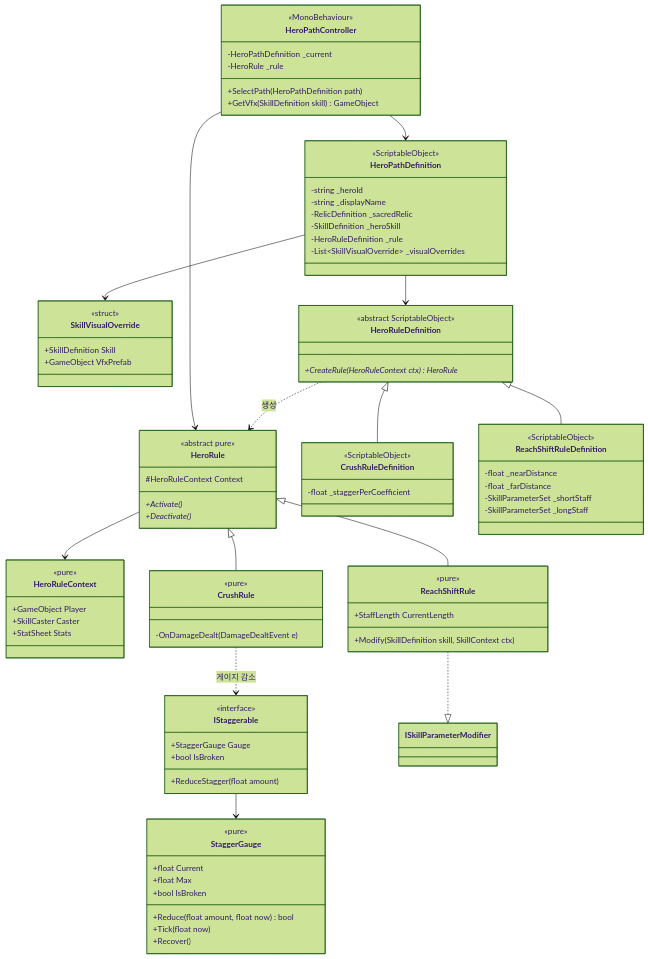
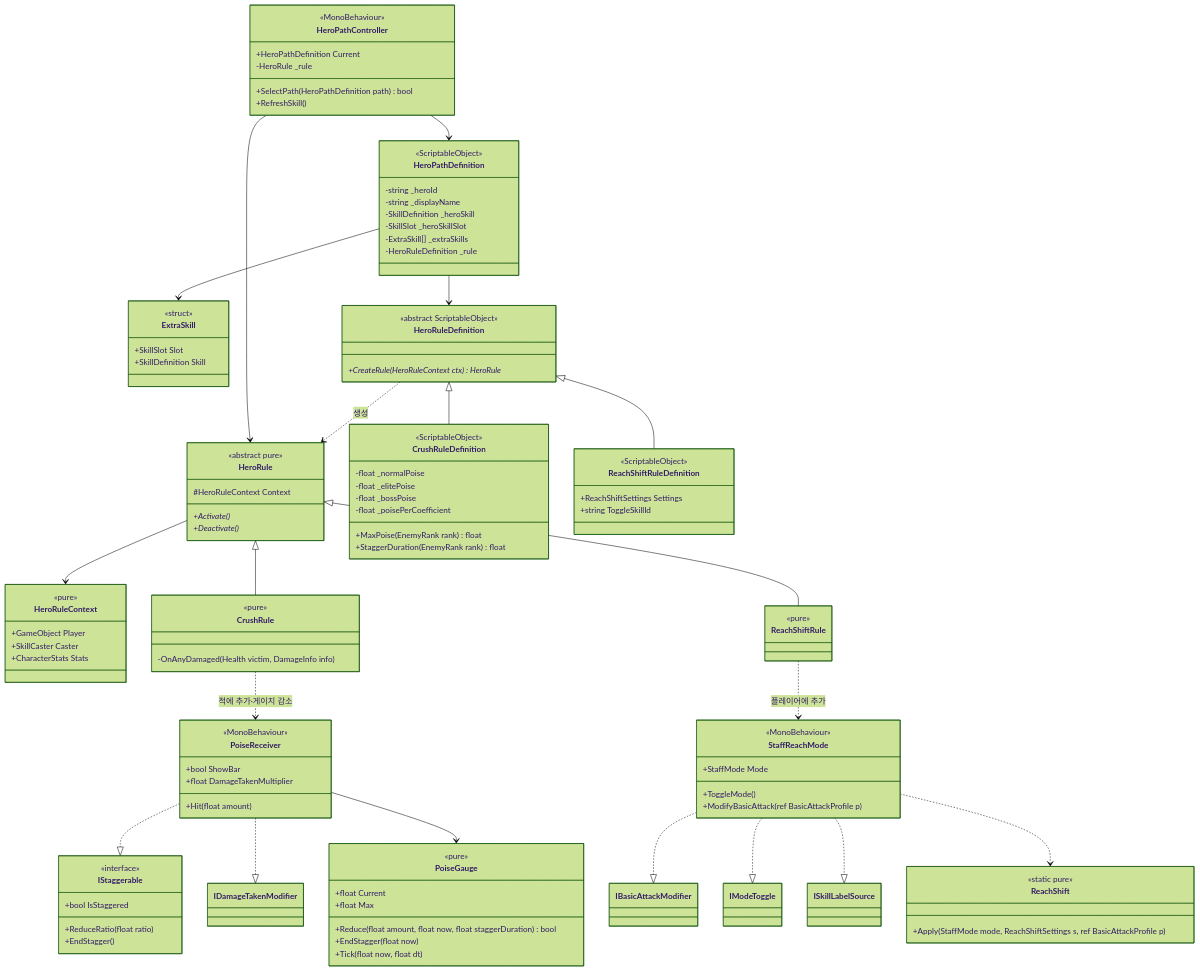
The eighth of 17 diagrams in Docs/ClassDiagram.md (lwy0810/BROKEN-SOVEREIGN), drawn with Mermaid (forest theme) before and after one commit. The commit also changed other lines of this file and 3 other files, not shown here.

````diff
--- a/Docs/ClassDiagram.md
+++ b/Docs/ClassDiagram.md
@@ -809,15 +809,15 @@
         <<ScriptableObject>>
         -string _heroId
         -string _displayName
-        -RelicDefinition _sacredRelic
         -SkillDefinition _heroSkill
+        -SkillSlot _heroSkillSlot
+        -ExtraSkill[] _extraSkills
         -HeroRuleDefinition _rule
-        -List~SkillVisualOverride~ _visualOverrides
     }
-    class SkillVisualOverride {
+    class ExtraSkill {
         <<struct>>
+        +SkillSlot Slot
         +SkillDefinition Skill
-        +GameObject VfxPrefab
     }
     class HeroRuleDefinition {
         <<abstract ScriptableObject>>
@@ -833,52 +833,68 @@
         <<pure>>
         +GameObject Player
         +SkillCaster Caster
-        +StatSheet Stats
+        +CharacterStats Stats
     }
     class HeroPathController {
         <<MonoBehaviour>>
-        -HeroPathDefinition _current
+        +HeroPathDefinition Current
         -HeroRule _rule
-        +SelectPath(HeroPathDefinition path)
-        +GetVfx(SkillDefinition skill) GameObject
+        +SelectPath(HeroPathDefinition path) bool
+        +RefreshSkill()
     }
     class CrushRuleDefinition {
         <<ScriptableObject>>
-        -float _staggerPerCoefficient
+        -float _normalPoise
+        -float _elitePoise
+        -float _bossPoise
+        -float _poisePerCoefficient
+        +MaxPoise(EnemyRank rank) float
+        +StaggerDuration(EnemyRank rank) float
     }
     class CrushRule {
         <<pure>>
-        -OnDamageDealt(DamageDealtEvent e)
+        -OnAnyDamaged(Health victim, DamageInfo info)
+    }
+    class PoiseReceiver {
+        <<MonoBehaviour>>
+        +bool ShowBar
+        +Hit(float amount)
+        +float DamageTakenMultiplier
     }
     class IStaggerable {
         <<interface>>
-        +StaggerGauge Gauge
-        +ReduceStagger(float amount)
-        +bool IsBroken
+        +bool IsStaggered
+        +ReduceRatio(float ratio)
+        +EndStagger()
     }
-    class StaggerGauge {
+    class PoiseGauge {
         <<pure>>
         +float Current
         +float Max
-        +bool IsBroken
-        +Reduce(float amount, float now) bool
-        +Tick(float now)
-        +Recover()
+        +Reduce(float amount, float now, float staggerDuration) bool
+        +EndStagger(float now)
+        +Tick(float now, float dt)
     }
     class ReachShiftRuleDefinition {
         <<ScriptableObject>>
-        -float _nearDistance
-        -float _farDistance
-        -SkillParameterSet _shortStaff
-        -SkillParameterSet _longStaff
+        +ReachShiftSettings Settings
+        +string ToggleSkillId
     }
     class ReachShiftRule {
         <<pure>>
-        +StaffLength CurrentLength
-        +Modify(SkillDefinition skill, SkillContext ctx)
+    }
+    class StaffReachMode {
+        <<MonoBehaviour>>
+        +StaffMode Mode
+        +ToggleMode()
+        +ModifyBasicAttack(ref BasicAttackProfile p)
+    }
+    class ReachShift {
+        <<static pure>>
+        +Apply(StaffMode mode, ReachShiftSettings s, ref BasicAttackProfile p)
     }
     HeroPathDefinition --> HeroRuleDefinition
-    HeroPathDefinition --> SkillVisualOverride
+    HeroPathDefinition --> ExtraSkill
     HeroRuleDefinition ..> HeroRule : 생성
     HeroRule --> HeroRuleContext
     HeroPathController --> HeroPathDefinition
@@ -887,7 +903,13 @@
     HeroRuleDefinition <|-- ReachShiftRuleDefinition
     HeroRule <|-- CrushRule
     HeroRule <|-- ReachShiftRule
-    ReachShiftRule ..|> ISkillParameterModifier
-    CrushRule ..> IStaggerable : 게이지 감소
-    IStaggerable --> StaggerGauge
+    CrushRule ..> PoiseReceiver : 적에 추가·게이지 감소
+    PoiseReceiver ..|> IStaggerable
+    PoiseReceiver ..|> IDamageTakenModifier
+    PoiseReceiver --> PoiseGauge
+    ReachShiftRule ..> StaffReachMode : 플레이어에 추가
+    StaffReachMode ..|> IBasicAttackModifier
+    StaffReachMode ..|> IModeToggle
+    StaffReachMode ..|> ISkillLabelSource
+    StaffReachMode ..> ReachShift
 ```
````
